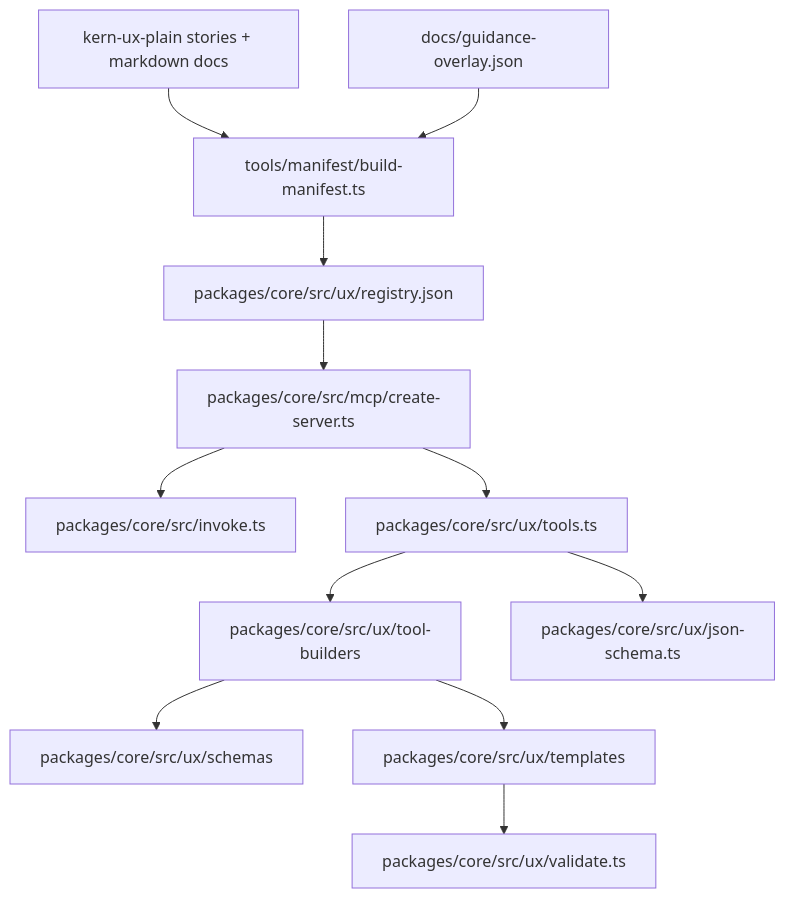
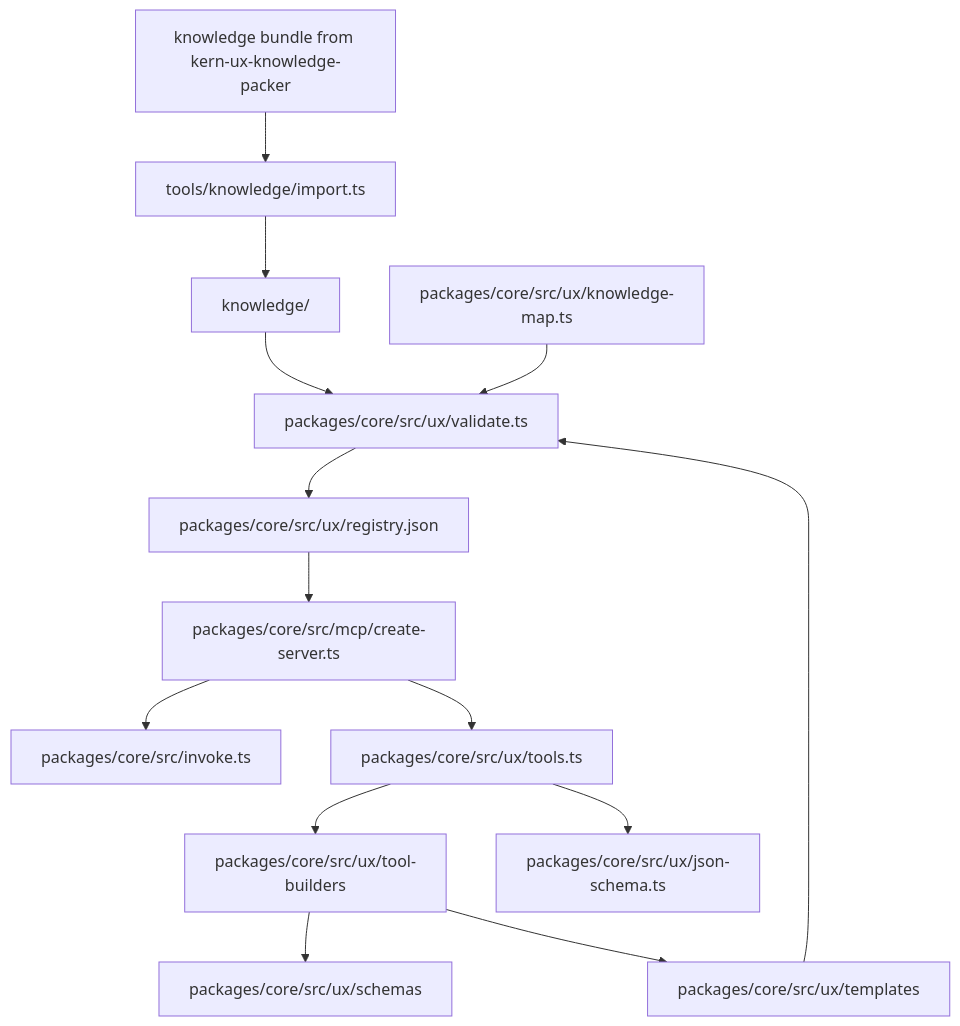
The diagram in docs/codebase-guide.md (leonio/kern-ux-mcp), drawn with Mermaid before and after one commit. The commit also changed other lines of this file and 31 other files, not shown here.

````diff
--- a/docs/codebase-guide.md
+++ b/docs/codebase-guide.md
@@ -9,14 +9,16 @@
 ```mermaid
 flowchart TD
-  A[kern-ux-plain stories + markdown docs] --> B[tools/manifest/build-manifest.ts]
-  C[docs/guidance-overlay.json] --> B
-  B --> D[packages/core/src/ux/registry.json]
+  A[knowledge bundle from kern-ux-knowledge-packer] --> B[tools/knowledge/import.ts]
+  B --> C[knowledge/]
+  C --> K[packages/core/src/ux/knowledge-projection.ts]
+  M[packages/core/src/ux/knowledge-map.ts] --> K
+  K --> D[packages/core/src/ux/registry.json]
   D --> E[packages/core/src/mcp/create-server.ts]
   E --> P[packages/core/src/invoke.ts]
   E --> F[packages/core/src/ux/tools.ts]
   F --> G[packages/core/src/ux/tool-builders]
   G --> H[packages/core/src/ux/schemas]
   G --> I[packages/core/src/ux/templates]
   F --> J[packages/core/src/ux/json-schema.ts]
   I --> K[packages/core/src/ux/validate.ts]
 ```
````
